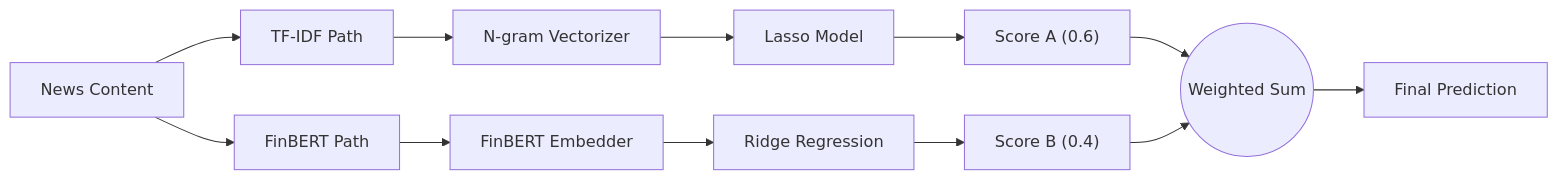
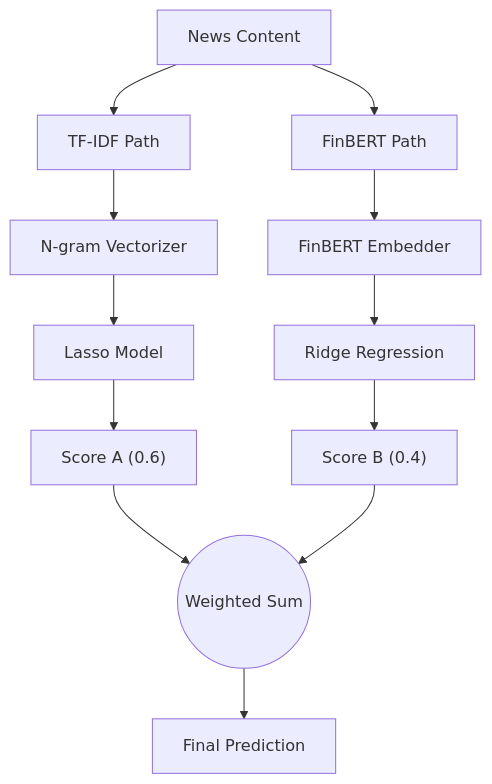
One commit to silverwoods-dev/N-SentiTrader changed the third of 3 diagrams in README.md. Above: the diagram before and after it, drawn with Mermaid.

````diff
--- a/README.md
+++ b/README.md
@@ -469,18 +469,18 @@
 ```mermaid
-flowchart LR
+flowchart TD
     Input["News Content"] --> Branch1["TF-IDF Path"]
     Input --> Branch2["FinBERT Path"]
     
     Branch1 --> Vectorizer["N-gram Vectorizer"]
     Vectorizer --> Lasso["Lasso Model"]
     Lasso --> ScoreA["Score A (0.6)"]
     
     Branch2 --> Embedder["FinBERT Embedder"]
     Embedder --> Ridge["Ridge Regression"]
     Ridge --> ScoreB["Score B (0.4)"]
     
     ScoreA --> WeightedSum(("Weighted Sum"))
     ScoreB --> WeightedSum
     
     WeightedSum --> FinalPred["Final Prediction"]
 ```
````
